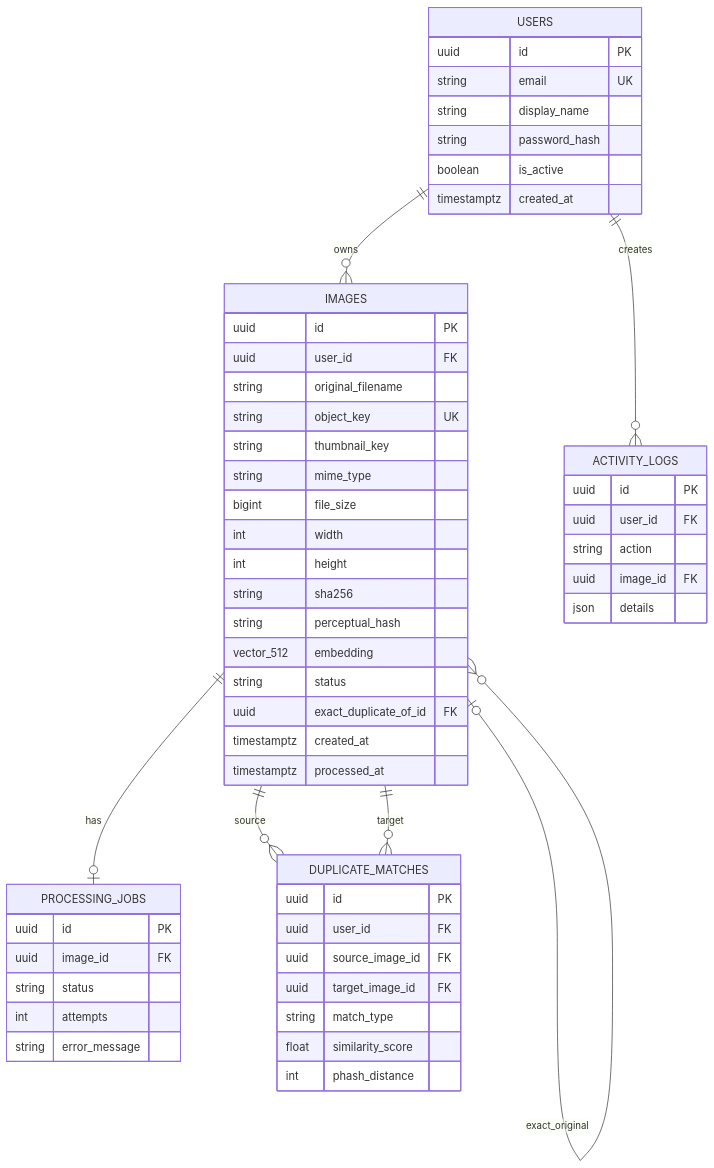
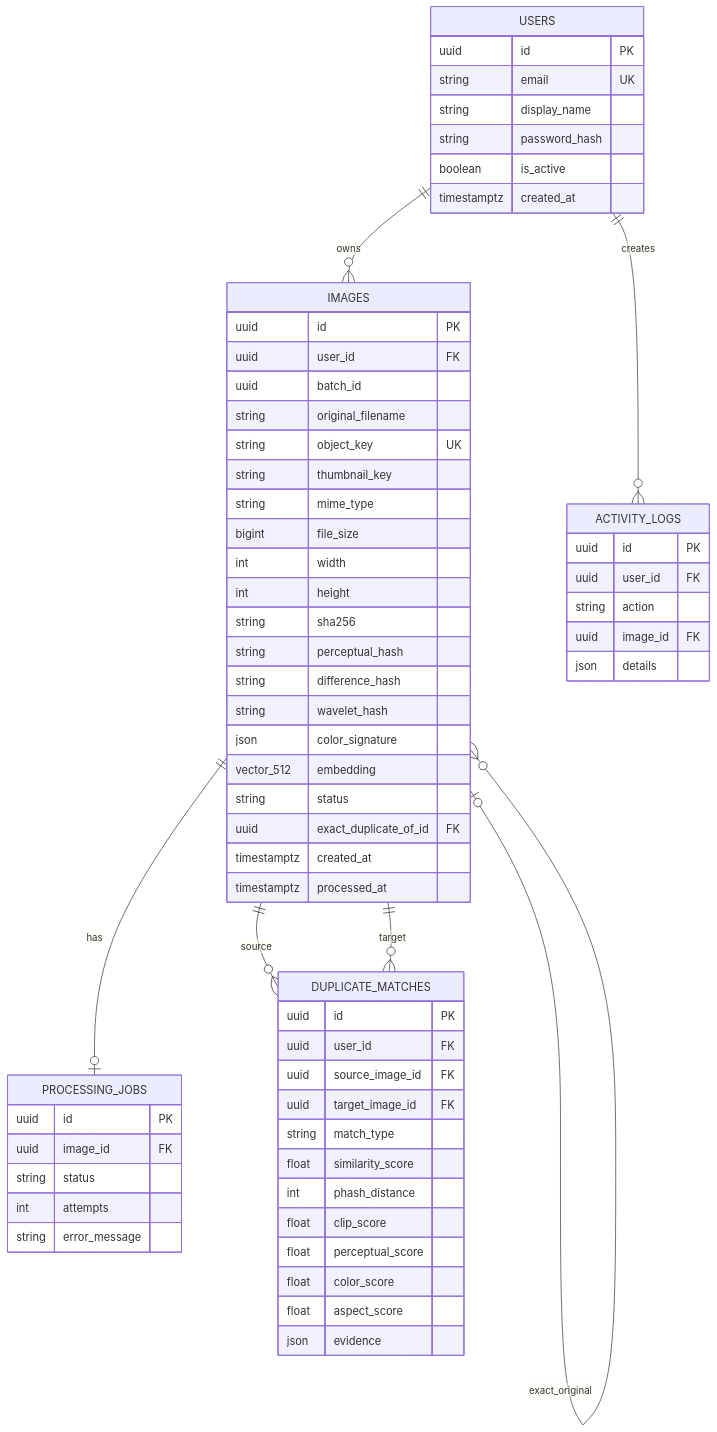
The first of 2 diagrams in docs/technical-design.md (Arnav-Dugad/imagevault-ai), drawn with Mermaid before and after one commit. The commit also changed other lines of this file and 24 other files, not shown here.

````diff
--- a/docs/technical-design.md
+++ b/docs/technical-design.md
@@ -60,59 +60,68 @@
 ```mermaid
 erDiagram
     USERS ||--o{ IMAGES : owns
     USERS ||--o{ ACTIVITY_LOGS : creates
     IMAGES ||--o| PROCESSING_JOBS : has
     IMAGES ||--o{ DUPLICATE_MATCHES : source
     IMAGES ||--o{ DUPLICATE_MATCHES : target
     IMAGES o|--o{ IMAGES : exact_original
 
     USERS {
         uuid id PK
         string email UK
         string display_name
         string password_hash
         boolean is_active
         timestamptz created_at
     }
     IMAGES {
         uuid id PK
         uuid user_id FK
+        uuid batch_id
         string original_filename
         string object_key UK
         string thumbnail_key
         string mime_type
         bigint file_size
         int width
         int height
         string sha256
         string perceptual_hash
+        string difference_hash
+        string wavelet_hash
+        json color_signature
         vector_512 embedding
         string status
         uuid exact_duplicate_of_id FK
         timestamptz created_at
         timestamptz processed_at
     }
     DUPLICATE_MATCHES {
         uuid id PK
         uuid user_id FK
         uuid source_image_id FK
         uuid target_image_id FK
         string match_type
         float similarity_score
         int phash_distance
+        float clip_score
+        float perceptual_score
+        float color_score
+        float aspect_score
+        json evidence
     }
     PROCESSING_JOBS {
         uuid id PK
         uuid image_id FK
         string status
         int attempts
         string error_message
     }
     ACTIVITY_LOGS {
         uuid id PK
         uuid user_id FK
         string action
         uuid image_id FK
         json details
     }
 ```
````
